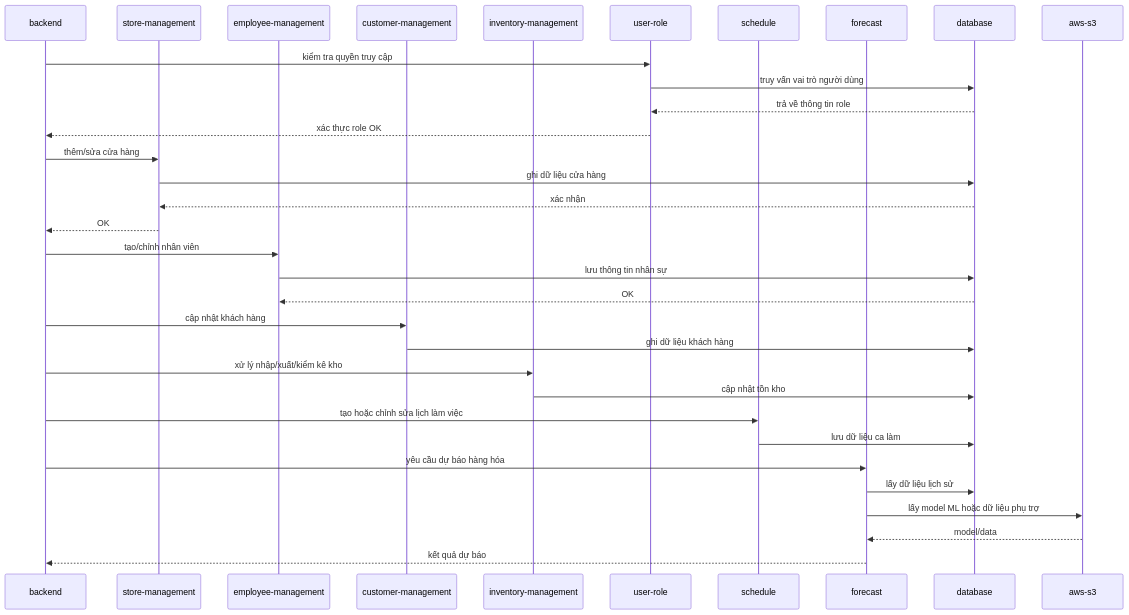
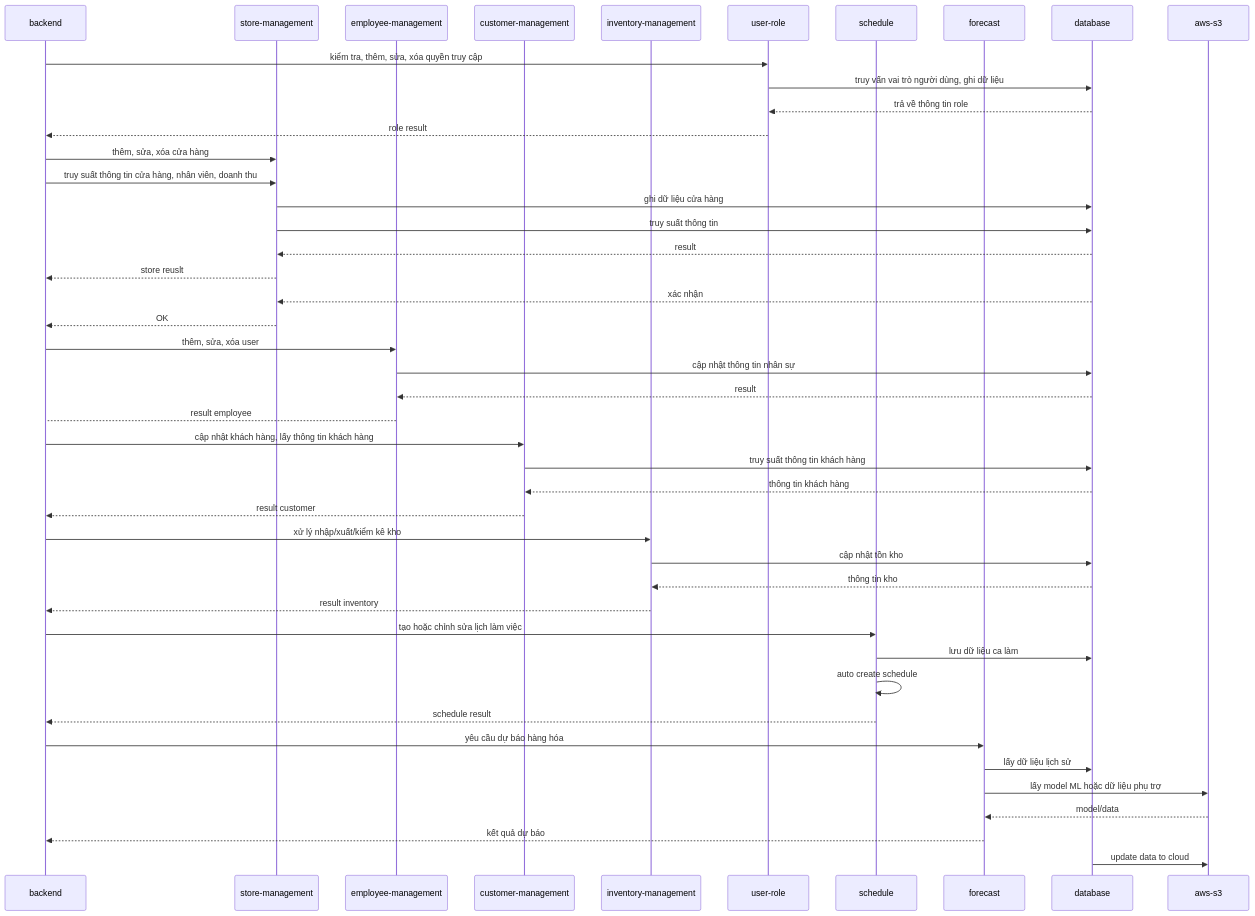
One commit to vutiendat2302/optima-product-winmart-system changed the fifth of 14 diagrams in README.md. Above: the diagram before and after it, drawn with Mermaid. The commit also changed other lines of this file and 2 other files, not shown here.

````diff
--- a/README.md
+++ b/README.md
@@ -247,49 +248,62 @@
 ``` mermaid
 sequenceDiagram
     participant backend
     participant store-management
     participant employee-management
     participant customer-management
     participant inventory-management
     participant user-role
     participant schedule
     participant forecast
     participant database
     participant aws-s3
 
     %% Đăng nhập và kiểm tra phân quyền
-    backend->>user-role: kiểm tra quyền truy cập
-    user-role->>database: truy vấn vai trò người dùng
+    backend->>user-role: kiểm tra, thêm, sửa, xóa quyền truy cập
+    user-role->>database: truy vấn vai trò người dùng, ghi dữ liệu 
     database-->>user-role: trả về thông tin role
-    user-role-->>backend: xác thực role OK
+    user-role-->>backend: role result
 
     %% Quản lý cửa hàng
-    backend->>store-management: thêm/sửa cửa hàng
+    backend->>store-management: thêm, sửa, xóa cửa hàng
+    backend ->> store-management: truy suất thông tin cửa hàng, nhân viên, doanh thu
     store-management->>database: ghi dữ liệu cửa hàng
+    store-management->>database: truy suất thông tin
+    database-->>store-management: result
+    store-management-->> backend: store reuslt
     database-->>store-management: xác nhận
     store-management-->>backend: OK
 
     %% Quản lý nhân sự
-    backend->>employee-management: tạo/chỉnh nhân viên
-    employee-management->>database: lưu thông tin nhân sự
-    database-->>employee-management: OK
+    backend->>employee-management: thêm, sửa, xóa user
+    employee-management->>database: cập nhật thông tin nhân sự
+    database-->>employee-management: result
+    employee-management--> backend: result employee
 
     %% Quản lý khách hàng
-    backend->>customer-management: cập nhật khách hàng
-    customer-management->>database: ghi dữ liệu khách hàng
+    backend->>customer-management: cập nhật khách hàng, lấy thông tin khách hàng
+    customer-management->>database: truy suất thông tin khách hàng
+    database-->> customer-management: thông tin khách hàng
+    customer-management -->> backend: result customer
 
     %% Quản lý kho
     backend->>inventory-management: xử lý nhập/xuất/kiểm kê kho
     inventory-management->>database: cập nhật tồn kho
+    database-->> inventory-management: thông tin kho
+    inventory-management -->> backend: result inventory
 
     %% Lịch làm việc
     backend->>schedule: tạo hoặc chỉnh sửa lịch làm việc
     schedule->>database: lưu dữ liệu ca làm
+    schedule->>schedule: auto create schedule
+    schedule -->> backend: schedule result
 
     %% Dự báo
     backend->>forecast: yêu cầu dự báo hàng hóa
     forecast->>database: lấy dữ liệu lịch sử
     forecast->>aws-s3: lấy model ML hoặc dữ liệu phụ trợ
     aws-s3-->>forecast: model/data
     forecast-->>backend: kết quả dự báo
+
+    database ->> aws-s3: update data to cloud
 ```
````
